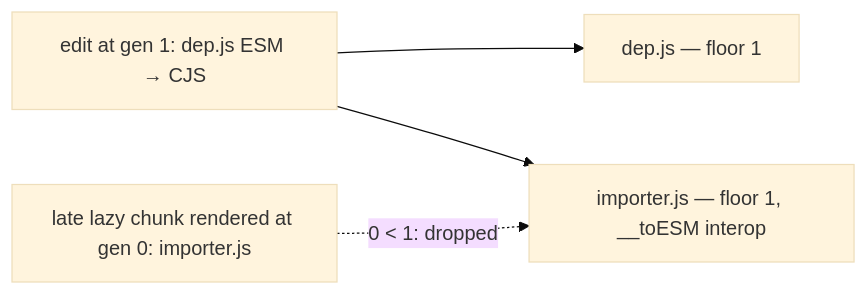
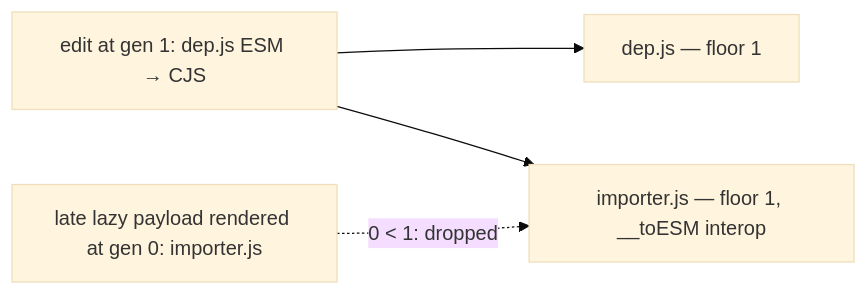
Before and after one commit to A-RYAN-1/rolldown: the first of 3 diagrams in internal-docs/hmr/design.md, drawn with Mermaid (base theme). The commit also changed other lines of this file and 43 other files, not shown here.

````diff
--- a/internal-docs/hmr/design.md
+++ b/internal-docs/hmr/design.md
@@ -693,6 +700,6 @@
 ```mermaid
 flowchart LR
   edit["edit at gen 1: dep.js ESM → CJS"] --> dep["dep.js — floor 1"]
   edit --> imp["importer.js — floor 1, __toESM interop"]
-  late["late lazy chunk rendered at gen 0: importer.js"] -. "0 < 1: dropped" .-> imp
+  late["late lazy payload rendered at gen 0: importer.js"] -. "0 < 1: dropped" .-> imp
 ```
````
